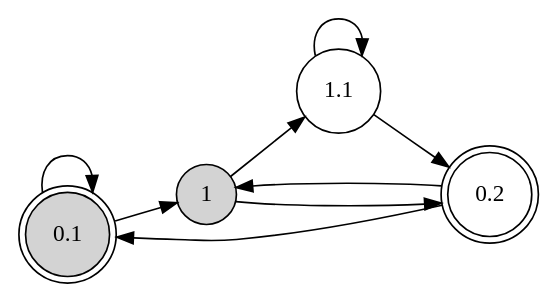
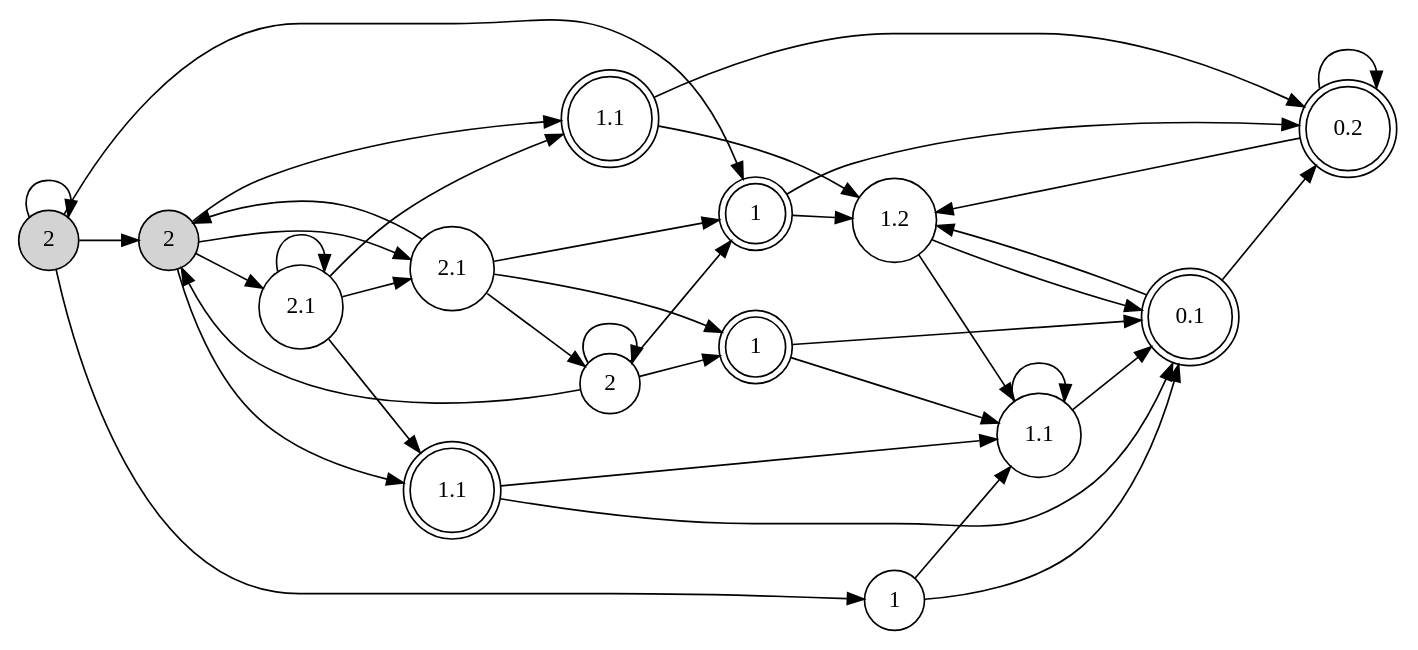
One commit to Tj-Cong/EnPAC_2021_RD changed the diagram in cmake-build-debug/SBA.dot. Above: the diagram before and after it, drawn with Graphviz. The commit also changed 36 other files, not shown here.

```diff
--- a/cmake-build-debug/SBA.dot
+++ b/cmake-build-debug/SBA.dot
@@ -1,16 +1,56 @@
 digraph SBA{
 	rankdir=LR
-	0 [shape=doublecircle,style=filled,label="0.1"]
-	1 [shape=circle,style=filled,label="1"]
-	2 [shape=circle,label="1.1"]
-	4 [shape=doublecircle,label="0.2"]
+	0 [shape=circle,style=filled,label="2"]
+	1 [shape=circle,style=filled,label="2"]
+	3 [shape=doublecircle,label="1"]
+	5 [shape=circle,label="1"]
+	6 [shape=circle,label="2.1"]
+	8 [shape=doublecircle,label="1.1"]
+	9 [shape=doublecircle,label="1.1"]
+	10 [shape=circle,label="2.1"]
+	11 [shape=circle,label="1.1"]
+	12 [shape=circle,label="1.2"]
+	14 [shape=doublecircle,label="0.1"]
+	15 [shape=doublecircle,label="0.2"]
+	18 [shape=circle,label="2"]
+	19 [shape=doublecircle,label="1"]
 
-	0->0
-	0->1
-	1->2
-	1->4
-	2->2
-	2->4
-	4->0
-	4->1
+	0->6
+	0->8
+	0->9
+	0->10
+	1->0
+	1->1
+	1->3
+	1->5
+	3->12
+	3->15
+	5->11
+	5->14
+	6->6
+	6->8
+	6->9
+	6->10
+	8->12
+	8->15
+	9->11
+	9->14
+	10->0
+	10->3
+	10->18
+	10->19
+	11->11
+	11->14
+	12->11
+	12->14
+	14->12
+	14->15
+	15->12
+	15->15
+	18->0
+	18->3
+	18->18
+	18->19
+	19->11
+	19->14
 }
```
